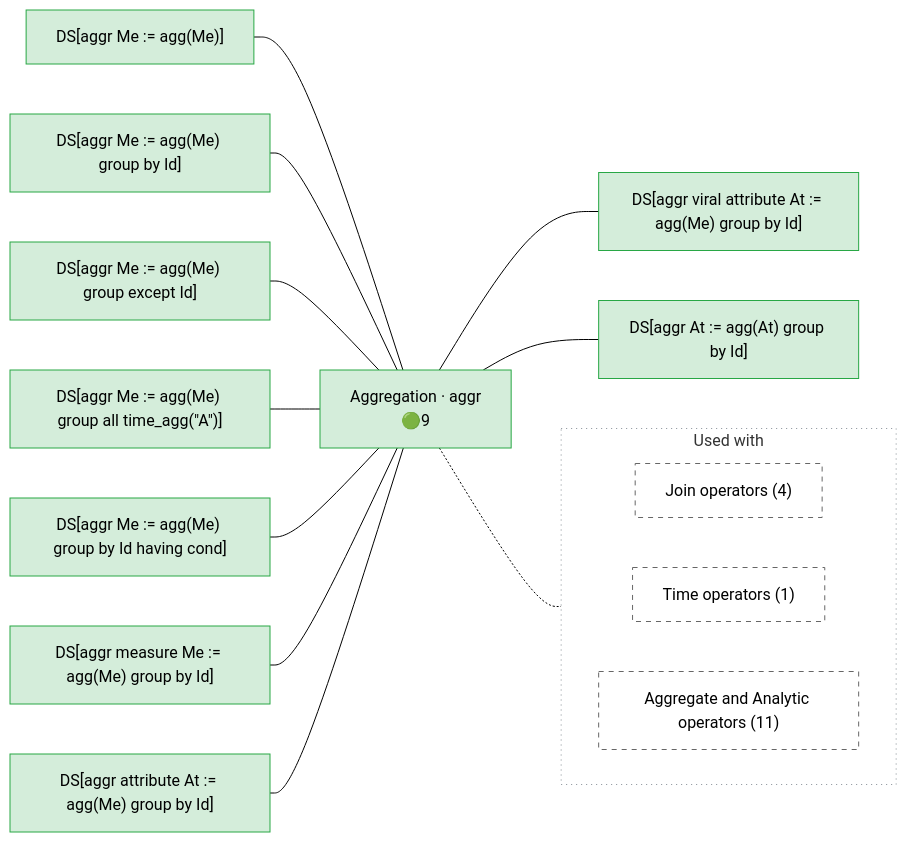
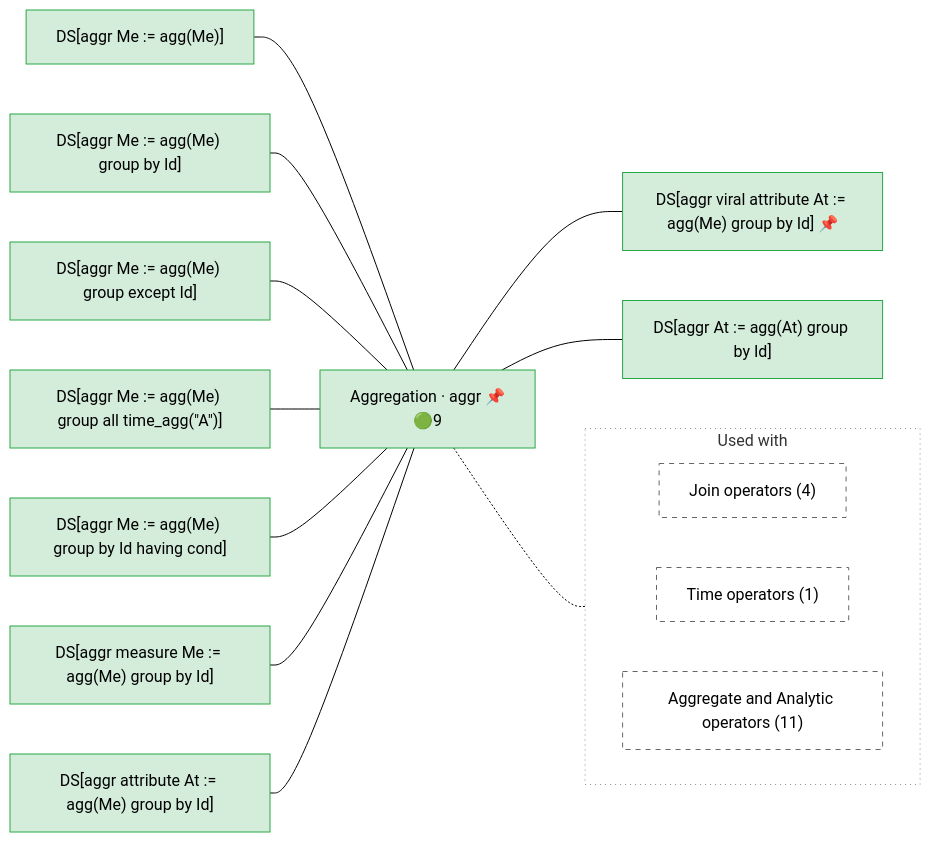
One commit to Meaningful-Data/vtlengine changed the diagram in docs/operator_map/clause/aggr.rst. Above: the diagram before and after it, drawn with Mermaid (forest theme). The commit also changed 39 other files, not shown here.

```diff
--- a/docs/operator_map/clause/aggr.rst
+++ b/docs/operator_map/clause/aggr.rst
@@ -24,50 +24,50 @@
 .. mermaid::
    :config: {"flowchart": {"useMaxWidth": false}}
 
    flowchart LR
        classDef ok fill:#d4edda,stroke:#28a745,color:#000
        classDef partial fill:#fff3cd,stroke:#ffc107,color:#000
        classDef refused fill:#d4edda,stroke:#28a745,stroke-width:3px,stroke-dasharray: 2 2,color:#000
        classDef missing fill:#f8d7da,stroke:#dc3545,color:#000
        classDef diverge fill:#cce5ff,stroke:#007bff,color:#000
        classDef block fill:#2b3a4a,stroke:#2b3a4a,color:#fff,font-weight:bold
        classDef ext fill:#fff,stroke:#666,color:#000,stroke-dasharray: 5 5
-       O["Aggregation · aggr<br/>🟢9"]:::ok
+       O["Aggregation · aggr 📌<br/>🟢9"]:::ok
        v_no_group["DS#91;aggr Me #58;#61; agg(Me)#93;"]:::ok
        v_group_by["DS#91;aggr Me #58;#61; agg(Me) group by Id#93;"]:::ok
        v_group_except["DS#91;aggr Me #58;#61; agg(Me) group except Id#93;"]:::ok
        v_group_all["DS#91;aggr Me #58;#61; agg(Me) group all time_agg(#quot;A#quot;)#93;"]:::ok
        v_having["DS#91;aggr Me #58;#61; agg(Me) group by Id having cond#93;"]:::ok
        v_measure_role["DS#91;aggr measure Me #58;#61; agg(Me) group by Id#93;"]:::ok
        v_attribute_role["DS#91;aggr attribute At #58;#61; agg(Me) group by Id#93;"]:::ok
-       v_viral_attribute_role["DS#91;aggr viral attribute At #58;#61; agg(Me) group by Id#93;"]:::ok
+       v_viral_attribute_role["DS#91;aggr viral attribute At #58;#61; agg(Me) group by Id#93; 📌"]:::ok
        v_role_omitted_attribute["DS#91;aggr At #58;#61; agg(At) group by Id#93;"]:::ok
        subgraph G_use["Used with"]
            direction LR
            used__join["Join operators (4)"]:::ext
            used__time["Time operators (1)"]:::ext
            used__aggregate["Aggregate and Analytic operators (11)"]:::ext
        end
        v_no_group --- O
        v_group_by --- O
        v_group_except --- O
        v_group_all --- O
        v_having --- O
        v_measure_role --- O
        v_attribute_role --- O
        O --- v_viral_attribute_role
        O --- v_role_omitted_attribute
        O -.- G_use
        style G_use fill:#ffffff,stroke:#868e96,stroke-width:1px,stroke-dasharray: 1 4
        click v_no_group href "#form-no-group"
        click v_group_by href "#form-group-by"
        click v_group_except href "#form-group-except"
        click v_group_all href "#form-group-all"
        click v_having href "#form-having"
        click v_measure_role href "#form-measure-role"
        click v_attribute_role href "#form-attribute-role"
        click v_viral_attribute_role href "#form-viral-attribute-role"
        click v_role_omitted_attribute href "#form-role-omitted-attribute"
        click used__join href "../join/index.html"
        click used__time href "../time/index.html"
        click used__aggregate href "../aggregate/index.html"
```
